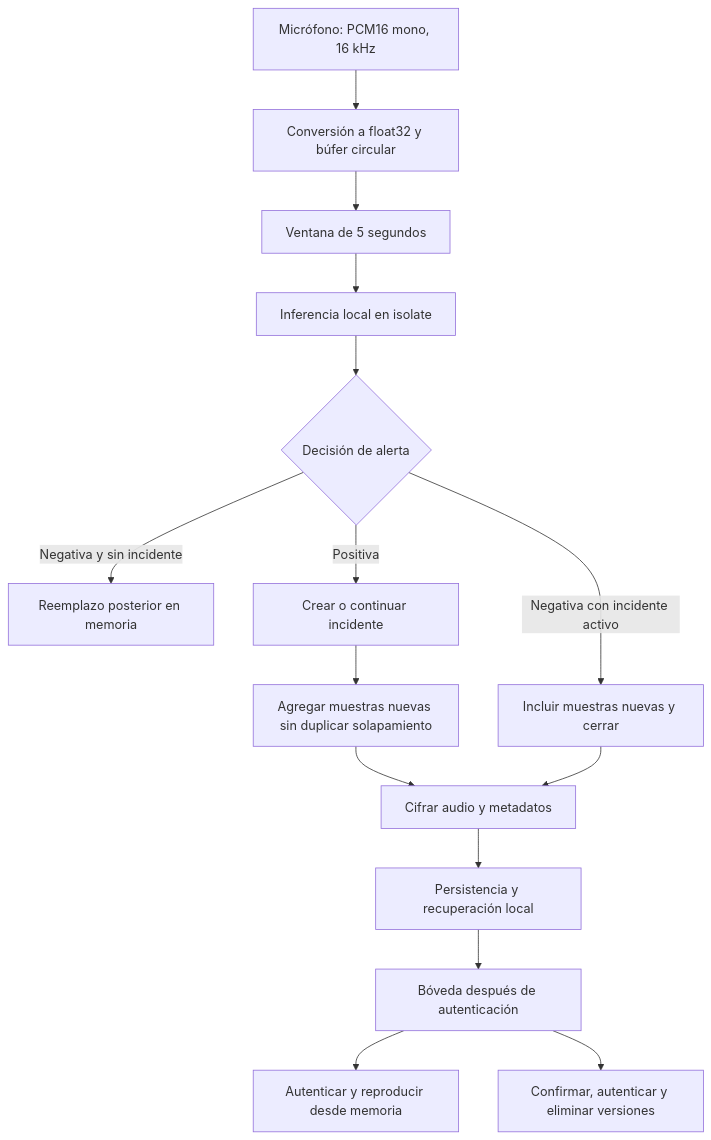
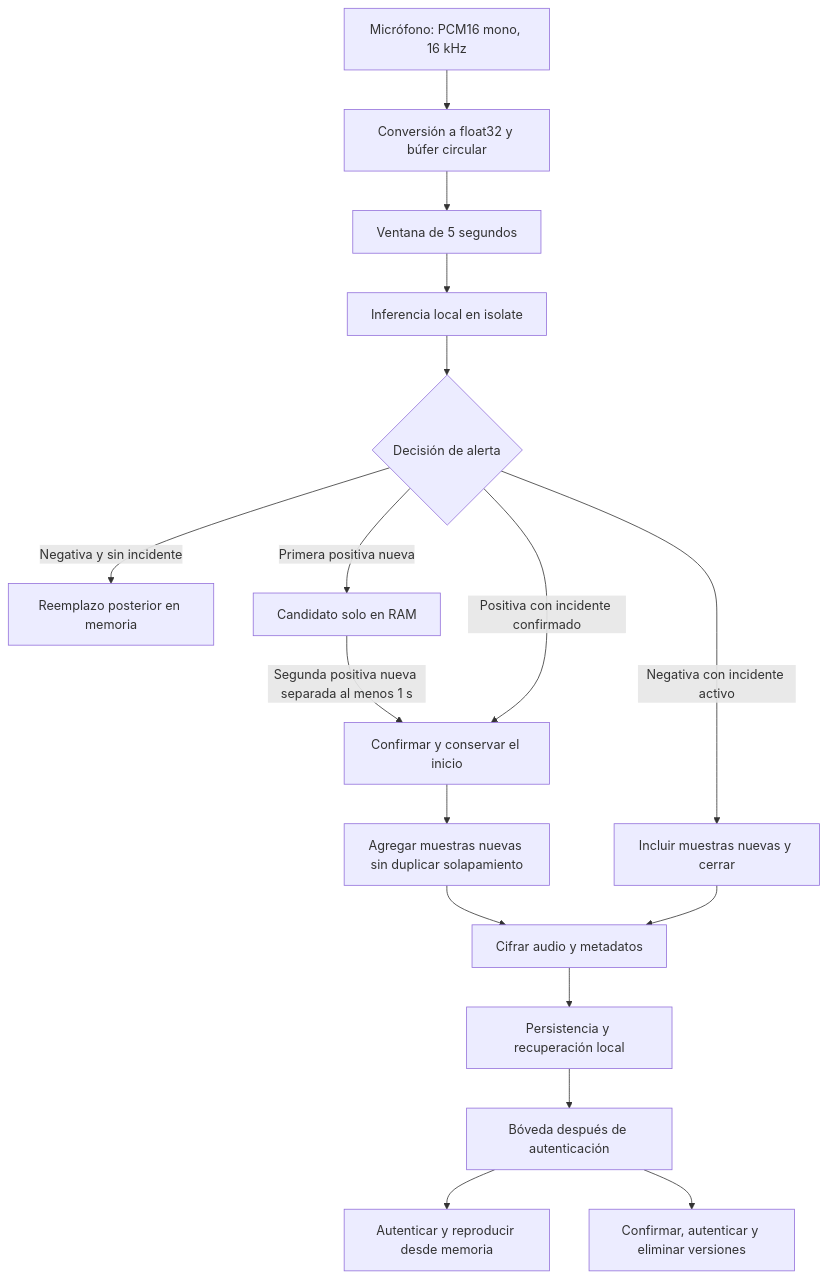
Before and after one commit to saaaan25/serene: the diagram in docs/informe-tecnico-tesis.md, drawn with Mermaid. The commit also changed other lines of this file and 28 other files, not shown here.

````diff
--- a/docs/informe-tecnico-tesis.md
+++ b/docs/informe-tecnico-tesis.md
@@ -55,17 +65,19 @@
 ```mermaid
 flowchart TD
     A[Micrófono: PCM16 mono, 16 kHz] --> B[Conversión a float32 y búfer circular]
     B --> C[Ventana de 5 segundos]
     C --> D[Inferencia local en isolate]
     D --> E{Decisión de alerta}
     E -->|Negativa y sin incidente| F[Reemplazo posterior en memoria]
-    E -->|Positiva| G[Crear o continuar incidente]
+    E -->|Primera positiva nueva| P[Candidato solo en RAM]
+    P -->|Segunda positiva nueva separada al menos 1 s| G[Confirmar y conservar el inicio]
+    E -->|Positiva con incidente confirmado| G
     E -->|Negativa con incidente activo| N[Incluir muestras nuevas y cerrar]
     G --> H[Agregar muestras nuevas sin duplicar solapamiento]
     H --> I[Cifrar audio y metadatos]
     N --> I
     I --> J[Persistencia y recuperación local]
     J --> K[Bóveda después de autenticación]
     K --> L[Autenticar y reproducir desde memoria]
     K --> M[Confirmar, autenticar y eliminar versiones]
 ```
````
